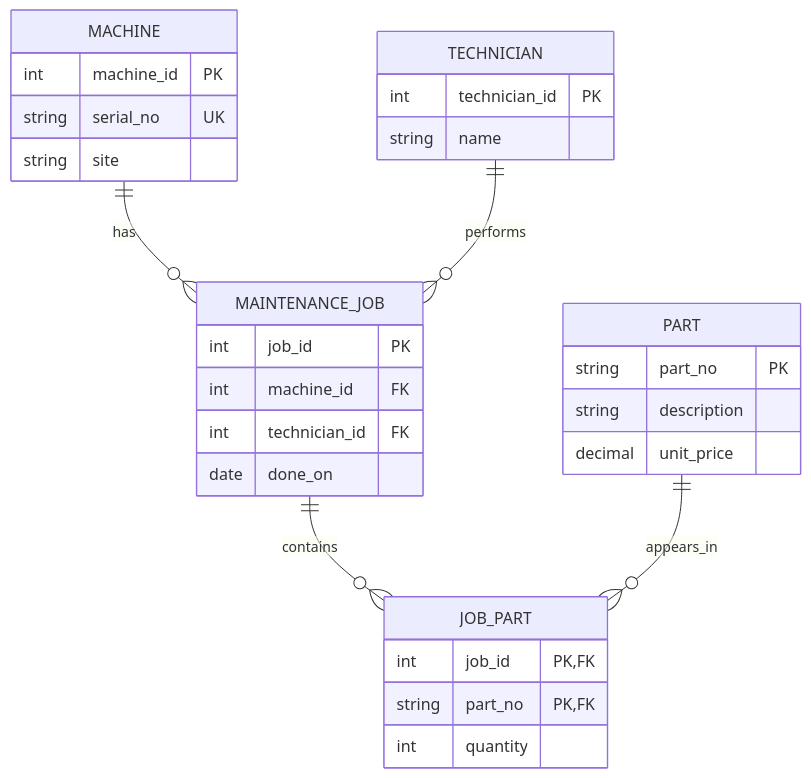
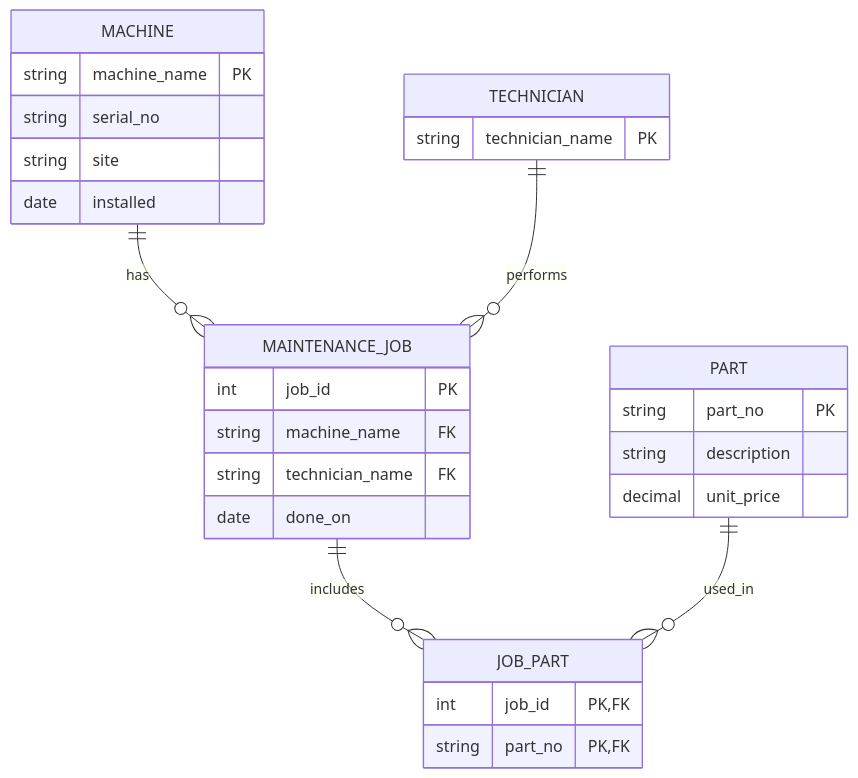
The diagram in Module02/er-audit.md (Emannual20/databases-portfolio), drawn with Mermaid before and after one commit. The commit also changed other lines of this file, not shown here.

Commit message:
added er diagram

````diff
--- a/Module02/er-audit.md
+++ b/Module02/er-audit.md
@@ -38,37 +62,36 @@
 ```mermaid
 erDiagram
     MACHINE ||--o{ MAINTENANCE_JOB : has
     TECHNICIAN ||--o{ MAINTENANCE_JOB : performs
-    MAINTENANCE_JOB ||--o{ JOB_PART : contains
-    PART ||--o{ JOB_PART : appears_in
+    MAINTENANCE_JOB ||--o{ JOB_PART : includes
+    PART ||--o{ JOB_PART : used_in
 
     MACHINE {
-        int machine_id PK
-        string serial_no UK
+        string machine_name PK
+        string serial_no
         string site
+        date installed
     }
 
     TECHNICIAN {
-        int technician_id PK
-        string name
+        string technician_name PK
     }
 
     MAINTENANCE_JOB {
         int job_id PK
-        int machine_id FK
-        int technician_id FK
+        string machine_name FK
+        string technician_name FK
         date done_on
     }
 
     PART {
         string part_no PK
         string description
         decimal unit_price
     }
 
     JOB_PART {
         int job_id PK, FK
         string part_no PK, FK
-        int quantity
     }
 ```
````
